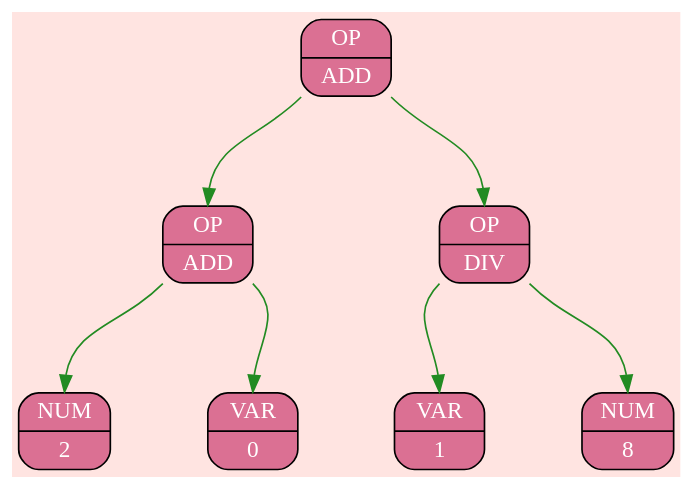
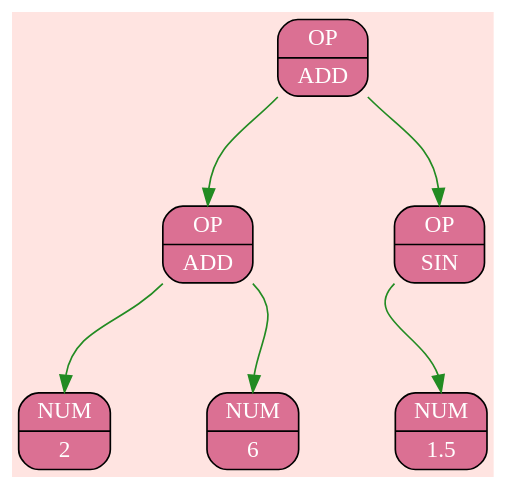
Before and after one commit to Shishkin-Vasiliy/Differentiator.Ai: the diagram in Log/pict_0.dot, drawn with Graphviz. The commit also changed 10 other files, not shown here.

```diff
--- a/Log/pict_0.dot
+++ b/Log/pict_0.dot
@@ -1,37 +1,32 @@
 digraph {
 bgcolor="#FFE4E1";
 rankdir=TB;
 nodesep=0.8;
 ranksep=0.9;
 node_0x504000000010 [shape=Mrecord; style=filled; fillcolor="#DB7093"; fontcolor="#FFFFFF";
        label="  { OP | ADD }"];
 { rank=source; node_0x504000000010 };
 node_0x504000000050 [shape=Mrecord; style=filled; fillcolor="#DB7093"; fontcolor="#FFFFFF";
        label="  { OP | ADD }"];
 node_0x504000000090 [shape=Mrecord; style=filled; fillcolor="#DB7093"; fontcolor="#FFFFFF";
        label="  { NUM | 2 }"];
 { rank=sink; node_0x504000000090 };
 edge [color="#FFFFFF"];
 node_0x504000000050:sw -> node_0x504000000090:n [color="#228B22"]
 ;node_0x5040000000d0 [shape=Mrecord; style=filled; fillcolor="#DB7093"; fontcolor="#FFFFFF";
-       label="  { VAR | 0 }"];
+       label="  { NUM | 6 }"];
 { rank=sink; node_0x5040000000d0 };
 edge [color="#FFFFFF"];
 node_0x504000000050:se -> node_0x5040000000d0:n [color="#228B22"]
 ;edge [color="#FFFFFF"];
 node_0x504000000010:sw -> node_0x504000000050:n [color="#228B22"]
 ;node_0x504000000110 [shape=Mrecord; style=filled; fillcolor="#DB7093"; fontcolor="#FFFFFF";
-       label="  { OP | DIV }"];
+       label="  { OP | SIN }"];
 node_0x504000000150 [shape=Mrecord; style=filled; fillcolor="#DB7093"; fontcolor="#FFFFFF";
-       label="  { VAR | 1 }"];
+       label="  { NUM | 1.5 }"];
 { rank=sink; node_0x504000000150 };
 edge [color="#FFFFFF"];
 node_0x504000000110:sw -> node_0x504000000150:n [color="#228B22"]
-;node_0x504000000190 [shape=Mrecord; style=filled; fillcolor="#DB7093"; fontcolor="#FFFFFF";
-       label="  { NUM | 8 }"];
-{ rank=sink; node_0x504000000190 };
-edge [color="#FFFFFF"];
-node_0x504000000110:se -> node_0x504000000190:n [color="#228B22"]
 ;edge [color="#FFFFFF"];
 node_0x504000000010:se -> node_0x504000000110:n [color="#228B22"]
 ;}
```
